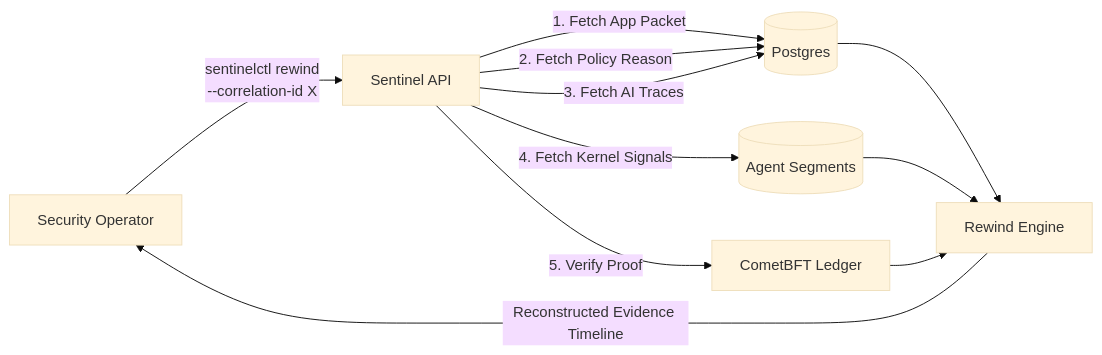
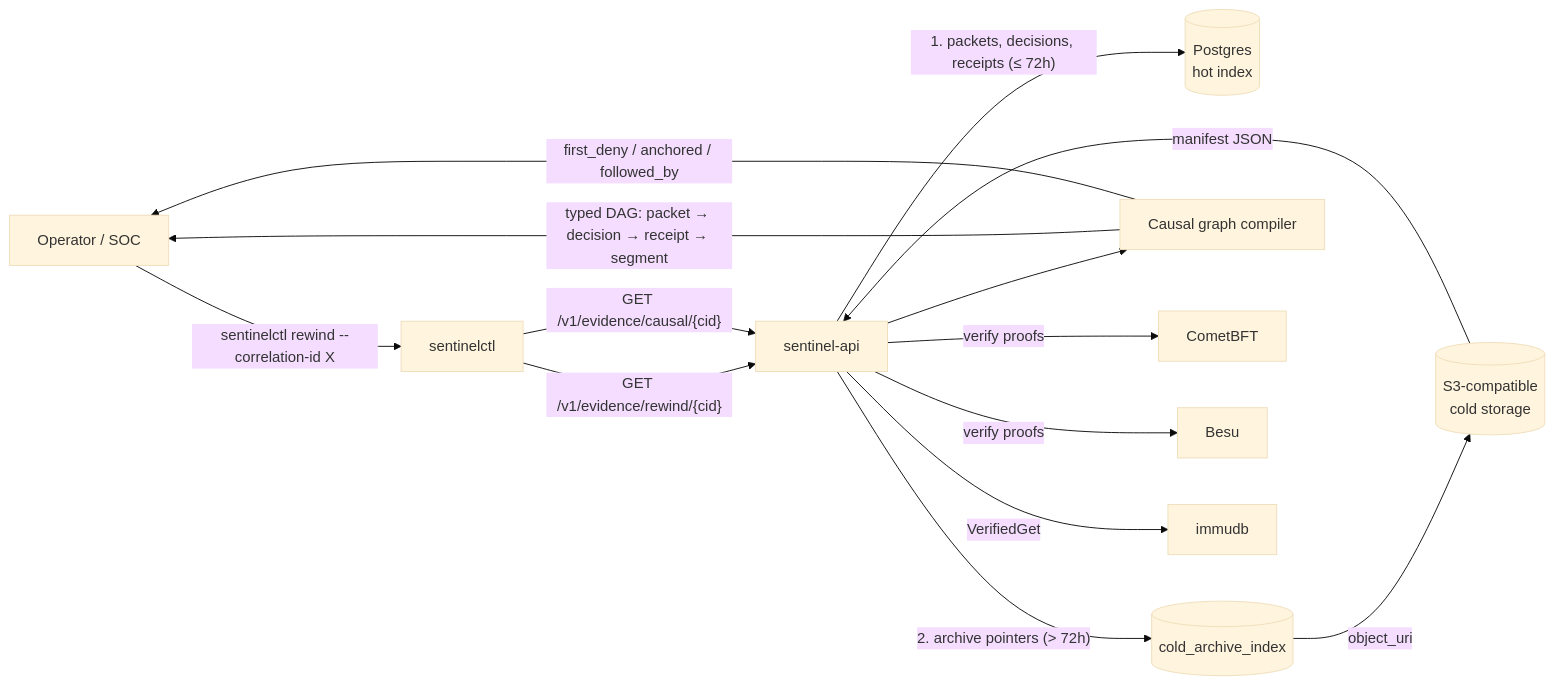
One commit to bussechr/sentinel changed the third of 3 diagrams in README.md. Above: the diagram before and after it, drawn with Mermaid (base theme). The commit also changed other lines of this file and 67 other files, not shown here.

First line of the commit message:
feat: ship reusable Sentinel platform with multi-backend ledger and full SDKs

````diff
--- a/README.md
+++ b/README.md
@@ -105,16 +160,19 @@
 ```mermaid
-graph LR
-    User[Security Operator] --> |"sentinelctl rewind\n--correlation-id X"| API[Sentinel API]
-    
-    API --> |1. Fetch App Packet| PG[(Postgres)]
-    API --> |2. Fetch Policy Reason| PG
-    API --> |3. Fetch AI Traces| PG
-    API --> |4. Fetch Kernel Signals| AgentStore[(Agent Segments)]
-    API --> |5. Verify Proof| BFT[CometBFT Ledger]
-    
-    PG --> Compiler[Rewind Engine]
-    AgentStore --> Compiler
-    BFT --> Compiler
-    
-    Compiler --> |"Reconstructed Evidence Timeline"| User
+flowchart LR
+    O[Operator / SOC] -- "sentinelctl rewind --correlation-id X" --> CTL[sentinelctl]
+    CTL -- "GET /v1/evidence/rewind/{cid}" --> API[sentinel-api]
+    CTL -- "GET /v1/evidence/causal/{cid}" --> API
+
+    API -- "1. packets, decisions, receipts (≤ 72h)" --> PG[(Postgres<br/>hot index)]
+    API -- "2. archive pointers (> 72h)" --> CIDX[(cold_archive_index)]
+    CIDX -- "object_uri" --> OBJ[(S3-compatible<br/>cold storage)]
+    OBJ -- "manifest JSON" --> API
+
+    API --> CG[Causal graph compiler]
+    CG -- "typed DAG: packet → decision → receipt → segment" --> O
+    CG -- "first_deny / anchored / followed_by" --> O
+
+    API -- "verify proofs" --> L1[CometBFT]
+    API -- "verify proofs" --> L2[Besu]
+    API -- "VerifiedGet" --> L3[immudb]
 ```
````
